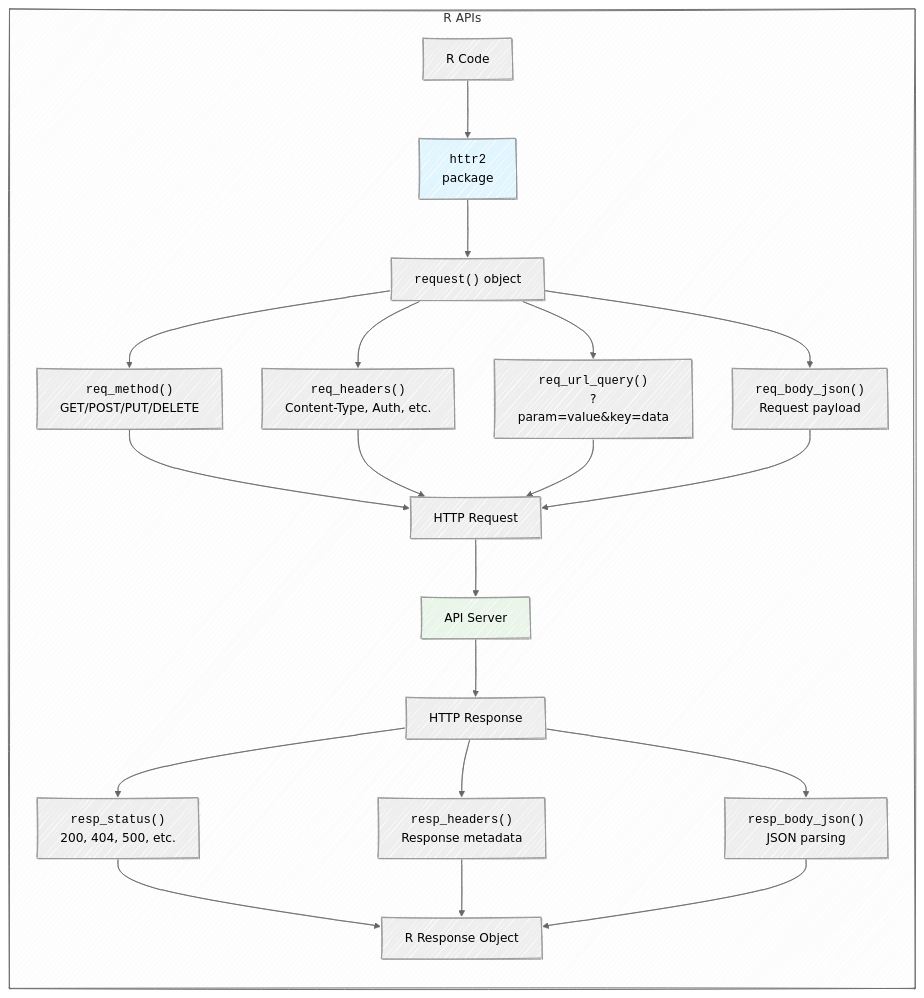
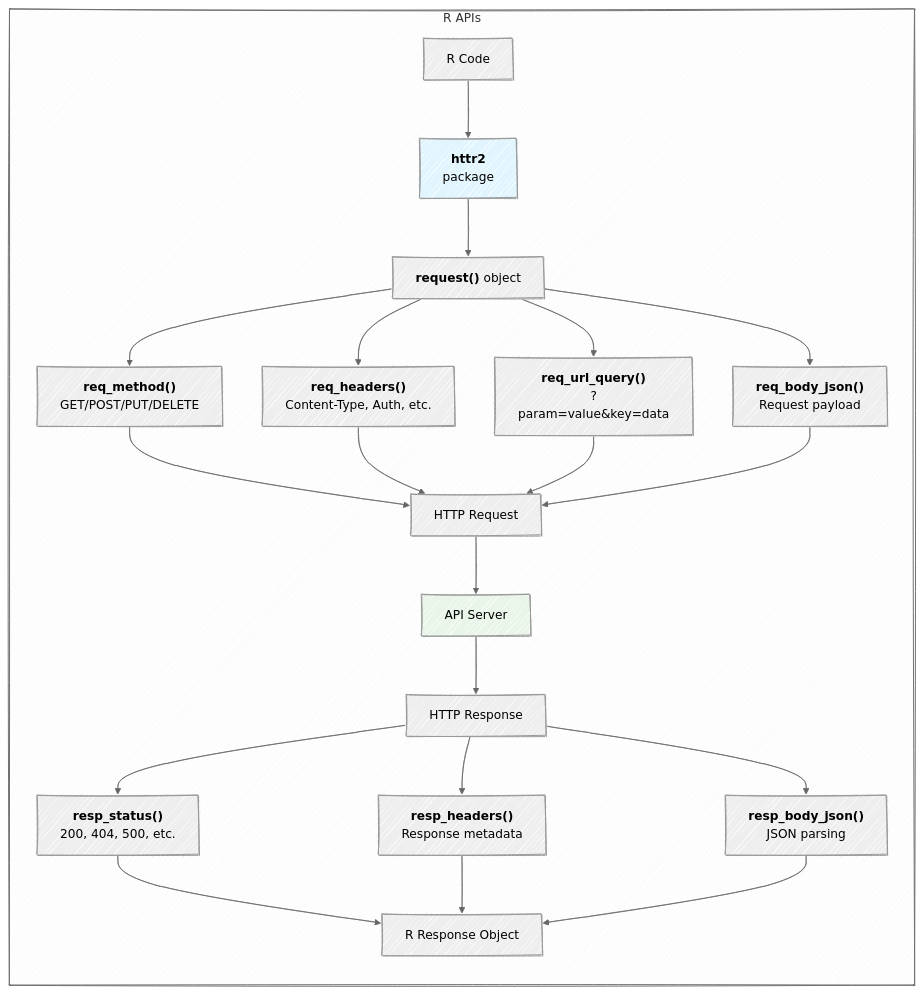
One commit to mjfrigaard/do4ds-labs changed the sixth of 6 diagrams in lab3.qmd. Above: the diagram before and after it, drawn with Mermaid. The commit also changed other lines of this file and 34 other files, not shown here.

Commit message:
updates to mermaid

````diff
--- a/lab3.qmd
+++ b/lab3.qmd
@@ -269,28 +270,28 @@
 ```{mermaid}
 %%{init: {'theme': 'neutral', 'look': 'handDrawn', 'themeVariables': { 'fontFamily': 'monospace'}}}%%
 
 graph LR
-	subgraph RApi["R APIs"]
-		A1["R Code"] --> B1["<code>httr2</code><br>package"]
-		B1 --> C1["<code>request()</code> object"]
-		C1 --> D1["<code>req_method()</code><br/>GET/POST/PUT/DELETE"]
-		C1 --> E1["<code>req_headers()</code><br/>Content-Type, Auth, etc."]
-		C1 --> F1["<code>req_url_query()</code><br/>?param=value&key=data"]
-		C1 --> G1["<code>req_body_json()</code><br/>Request payload"]
-		D1 --> H1["HTTP Request"]
-		E1 --> H1
-		F1 --> H1
-		G1 --> H1
-		H1 --> I1["API Server"]
-		I1 --> J1["HTTP Response"]
-		J1 --> K1["<code>resp_status()</code><br/>200, 404, 500, etc."]
-		J1 --> L1["<code>resp_headers()</code><br/>Response metadata"]
-		J1 --> M1["<code>resp_body_json()</code><br/>JSON parsing"]
-		K1 --> N1["R Response Object"]
-		L1 --> N1
-		M1 --> N1
-	end
+    subgraph RApi["R APIs"]
+        A1["R Code"] --> B1["<strong>httr2</strong><br>package"]
+        B1 --> C1["<strong>request()</strong> object"]
+        C1 --> D1["<strong>req_method()</strong><br/>GET/POST/PUT/DELETE"]
+        C1 --> E1["<strong>req_headers()</strong><br/>Content-Type, Auth, etc."]
+        C1 --> F1["<strong>req_url_query()</strong><br/>?param=value&key=data"]
+        C1 --> G1["<strong>req_body_json()</strong><br/>Request payload"]
+        D1 --> H1["HTTP Request"]
+        E1 --> H1
+        F1 --> H1
+        G1 --> H1
+        H1 --> I1["API Server"]
+        I1 --> J1["HTTP Response"]
+        J1 --> K1["<strong>resp_status()</strong><br/>200, 404, 500, etc."]
+        J1 --> L1["<strong>resp_headers()</strong><br/>Response metadata"]
+        J1 --> M1["<strong>resp_body_json()</strong><br/>JSON parsing"]
+        K1 --> N1["R Response Object"]
+        L1 --> N1
+        M1 --> N1
+    end
 	
 style B1 fill:#e1f5fe
 style I1 fill:#e8f5e8
 ```
````
